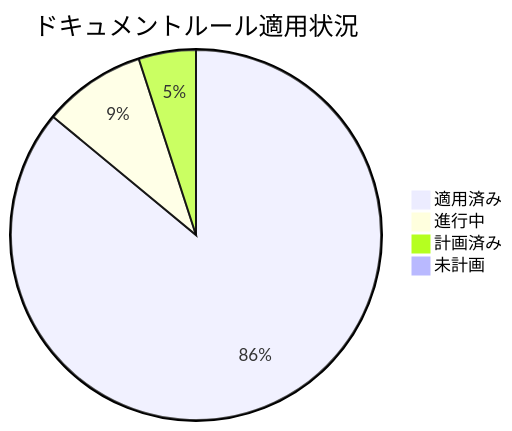
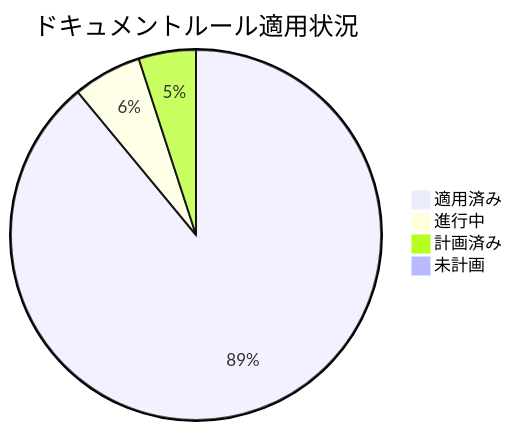
Before and after one commit to ToyB0x/git-resume: the first of 2 diagrams in docs/PLAN_AND_PROGRESS.md, drawn with Mermaid. The commit also changed other lines of this file and 4 other files, not shown here.

````diff
--- a/docs/PLAN_AND_PROGRESS.md
+++ b/docs/PLAN_AND_PROGRESS.md
@@ -109,7 +120,7 @@
 ```mermaid
 pie title ドキュメントルール適用状況
-    "適用済み" : 86
-    "進行中" : 9
+    "適用済み" : 89
+    "進行中" : 6
     "計画済み" : 5
     "未計画" : 0
 ```
````
